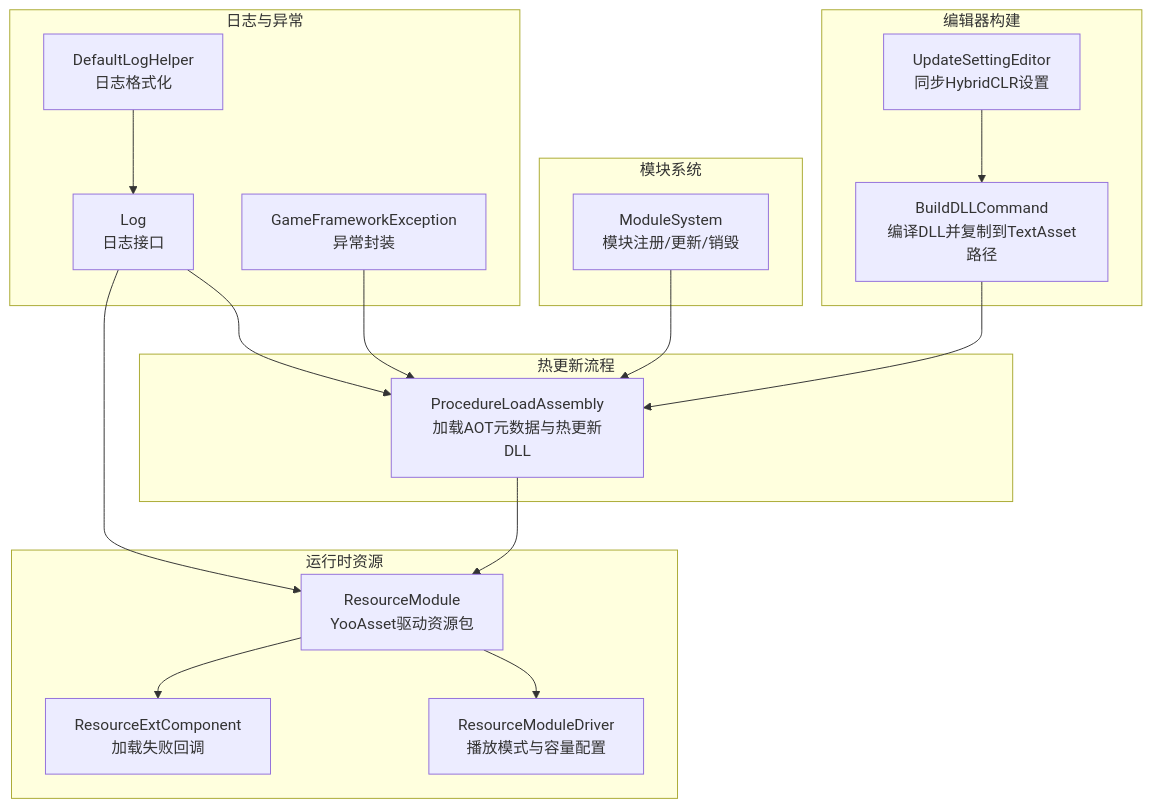
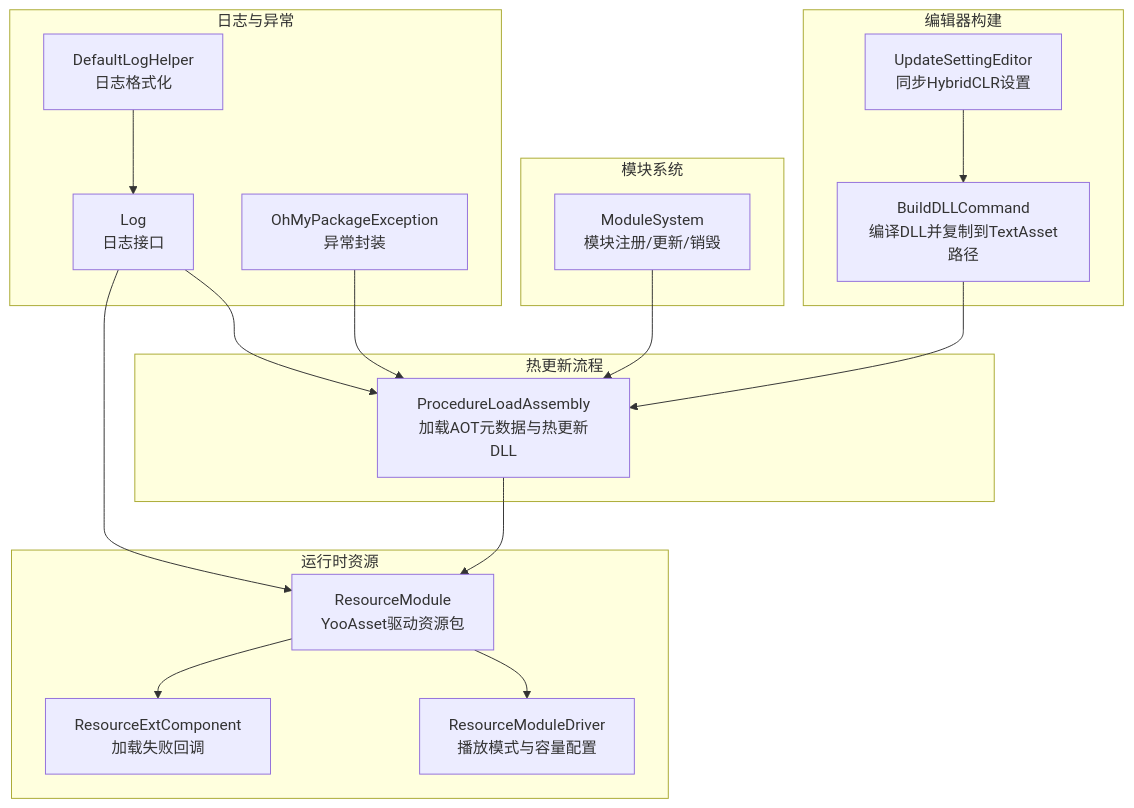
The first of 6 diagrams in repowiki/zh/content/开发者指南/故障排除指南/热更新问题排查.md (OxygenIsland/MyGame), drawn with Mermaid before and after one commit. The commit also changed other lines of this file and 34 other files, not shown here.

````diff
--- a/repowiki/zh/content/开发者指南/故障排除指南/热更新问题排查.md
+++ b/repowiki/zh/content/开发者指南/故障排除指南/热更新问题排查.md
@@ -43,33 +43,33 @@
 ```mermaid
 graph TB
 subgraph "热更新流程"
 P1["ProcedureLoadAssembly<br/>加载AOT元数据与热更新DLL"]
 end
 subgraph "编辑器构建"
 E1["BuildDLLCommand<br/>编译DLL并复制到TextAsset路径"]
 E2["UpdateSettingEditor<br/>同步HybridCLR设置"]
 end
 subgraph "运行时资源"
 R1["ResourceModule<br/>YooAsset驱动资源包"]
 R2["ResourceModuleDriver<br/>播放模式与容量配置"]
 R3["ResourceExtComponent<br/>加载失败回调"]
 end
 subgraph "模块系统"
 M1["ModuleSystem<br/>模块注册/更新/销毁"]
 end
 subgraph "日志与异常"
 L1["Log<br/>日志接口"]
 L2["DefaultLogHelper<br/>日志格式化"]
-L3["GameFrameworkException<br/>异常封装"]
+L3["OhMyPackageException<br/>异常封装"]
 end
 P1 --> R1
 E1 --> P1
 E2 --> E1
 R1 --> R2
 R1 --> R3
 M1 --> P1
 L1 --> P1
 L1 --> R1
 L2 --> L1
 L3 --> P1
 ```
````
